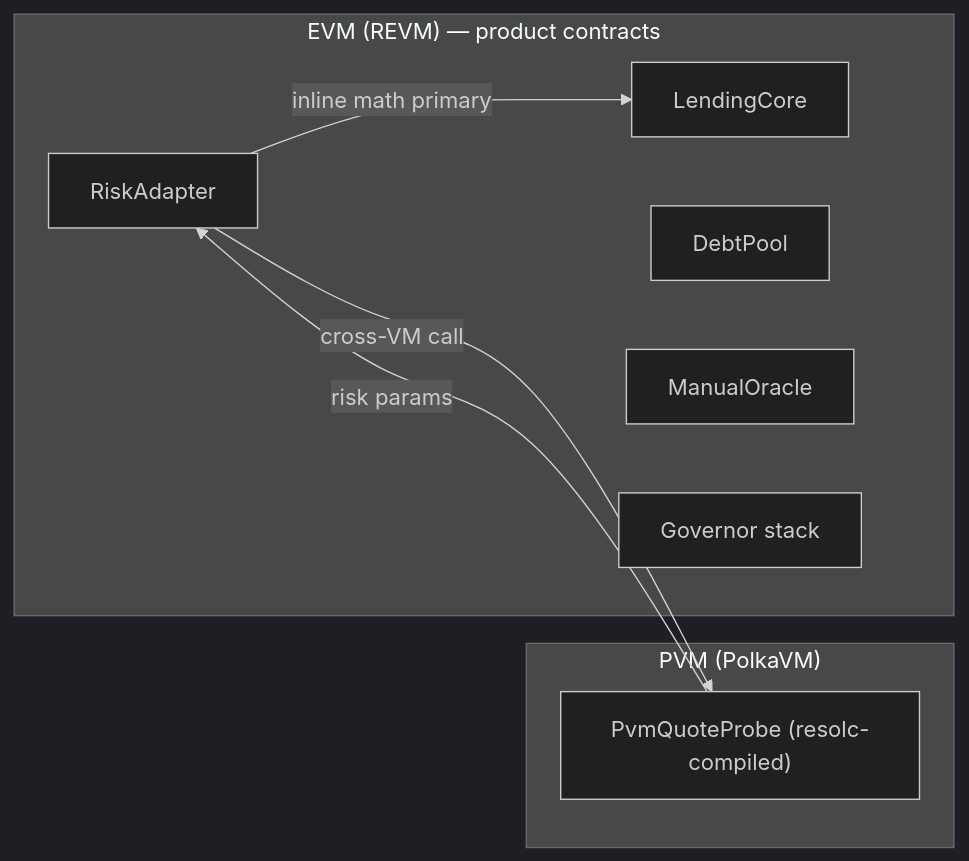
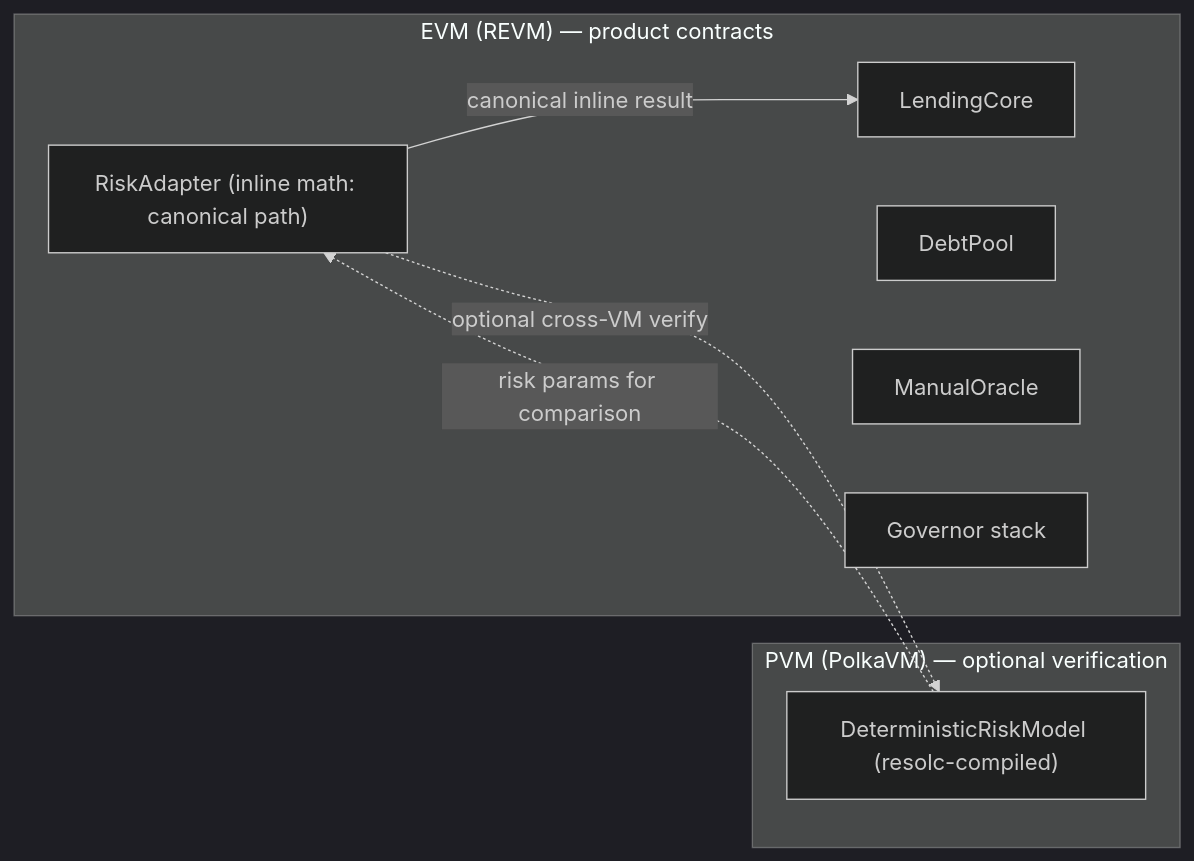
One commit to symulacr/dualvm-lending changed the fifth of 10 diagrams in README.md. Above: the diagram before and after it, drawn with Mermaid (dark theme). The commit also changed other lines of this file, not shown here.

Commit message:
docs: fix diagram accuracy - inline math canonical path, DeterministicRiskModel, no fallback framing

````diff
--- a/README.md
+++ b/README.md
@@ -142,16 +141,16 @@
 ```mermaid
 graph LR
     subgraph EVM["EVM (REVM) — product contracts"]
         LC[LendingCore]
         DP[DebtPool]
         MO[ManualOracle]
-        RA[RiskAdapter]
+        RA["RiskAdapter (inline math: canonical path)"]
         GV[Governor stack]
     end
-    subgraph PVM["PVM (PolkaVM)"]
-        QE["PvmQuoteProbe (resolc-compiled)"]
+    subgraph PVM["PVM (PolkaVM) — optional verification"]
+        QE["DeterministicRiskModel (resolc-compiled)"]
     end
-    RA -->|cross-VM call| QE
-    QE -->|risk params| RA
-    RA -->|inline math primary| LC
+    RA -->|canonical inline result| LC
+    RA -.->|optional cross-VM verify| QE
+    QE -.->|risk params for comparison| RA
 ```
````
